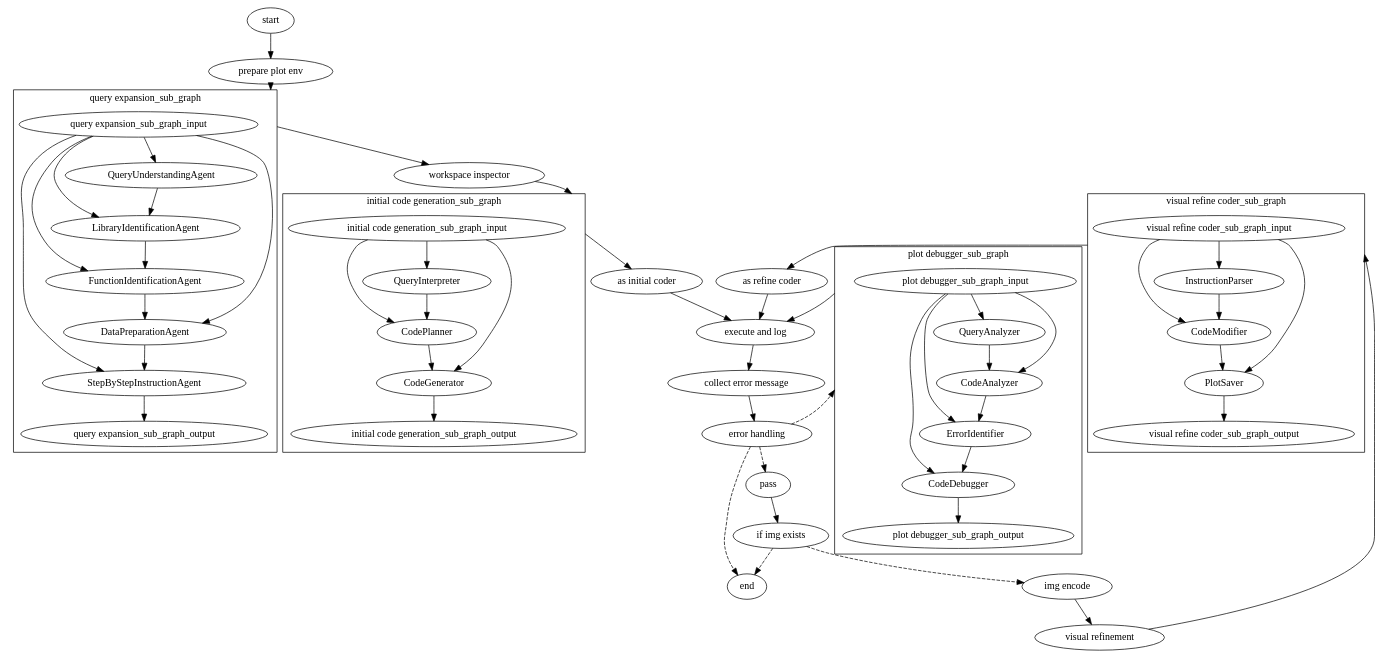
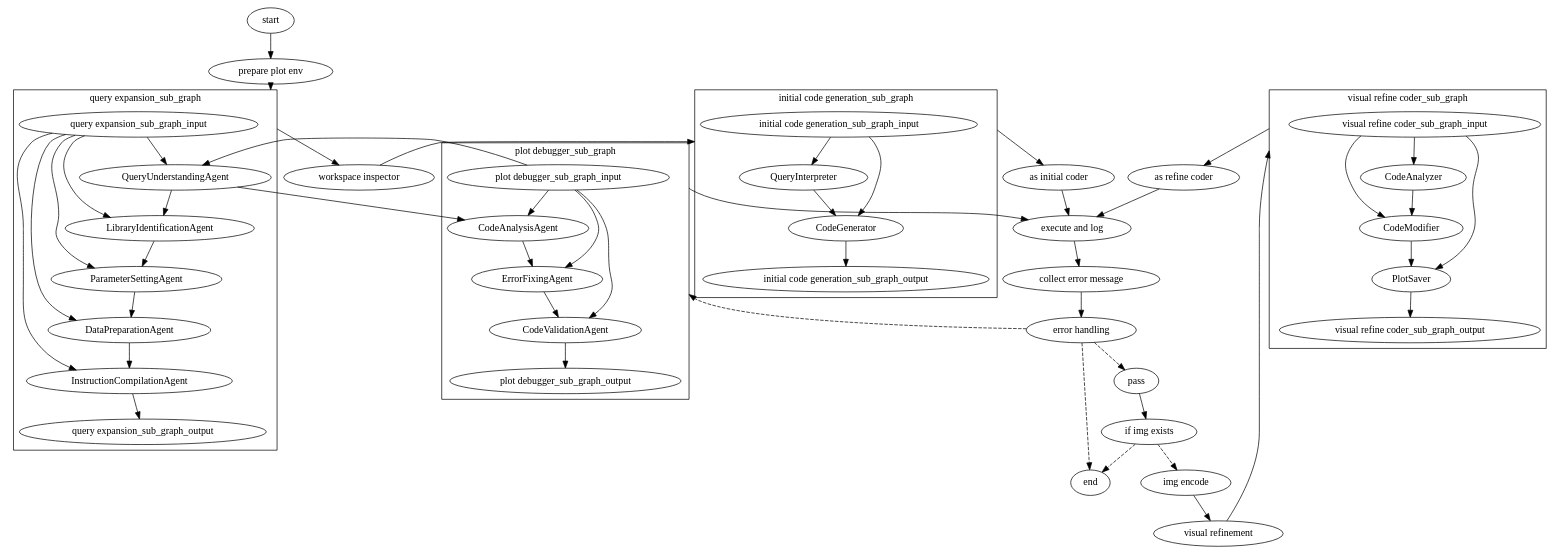
Before and after one commit to jiange91/lm_compiler: the diagram in examples/matplot_agent/compile_logs/decomposed_workflow_viz/Digraph.gv, drawn with Graphviz. The commit also changed 24 other files, not shown here.

```diff
--- a/examples/matplot_agent/compile_logs/decomposed_workflow_viz/Digraph.gv
+++ b/examples/matplot_agent/compile_logs/decomposed_workflow_viz/Digraph.gv
@@ -1,69 +1,67 @@
 digraph {
 	compound=true
 	_matplot_cluster_ancor [fixedsize=true height=0 style=invis width=0]
 	start -> "prepare plot env"
 	"_query expansion_sub_graph_cluster_ancor" -> "workspace inspector" [ltail="cluster_query expansion_sub_graph"]
 	"_initial code generation_sub_graph_cluster_ancor" -> "as initial coder" [ltail="cluster_initial code generation_sub_graph"]
 	"as initial coder" -> "execute and log"
 	"_plot debugger_sub_graph_cluster_ancor" -> "execute and log" [ltail="cluster_plot debugger_sub_graph"]
 	"as refine coder" -> "execute and log"
 	"execute and log" -> "collect error message"
 	"collect error message" -> "error handling"
 	"error handling" -> pass [style=dashed]
+	"error handling" -> "_plot debugger_sub_graph_cluster_ancor" [lhead="cluster_plot debugger_sub_graph" style=dashed]
 	"error handling" -> end [style=dashed]
-	"error handling" -> "_plot debugger_sub_graph_cluster_ancor" [lhead="cluster_plot debugger_sub_graph" style=dashed]
+	"if img exists" -> "img encode" [style=dashed]
 	"if img exists" -> end [style=dashed]
-	"if img exists" -> "img encode" [style=dashed]
 	pass -> "if img exists"
 	"img encode" -> "visual refinement"
 	"_visual refine coder_sub_graph_cluster_ancor" -> "as refine coder" [ltail="cluster_visual refine coder_sub_graph"]
 	"prepare plot env" -> "_query expansion_sub_graph_cluster_ancor" [lhead="cluster_query expansion_sub_graph"]
 	"workspace inspector" -> "_initial code generation_sub_graph_cluster_ancor" [lhead="cluster_initial code generation_sub_graph"]
 	"visual refinement" -> "_visual refine coder_sub_graph_cluster_ancor" [lhead="cluster_visual refine coder_sub_graph"]
 	subgraph "cluster_query expansion_sub_graph" {
 		"_query expansion_sub_graph_cluster_ancor" [fixedsize=true height=0 style=invis width=0]
-		"query expansion_sub_graph_input" -> StepByStepInstructionAgent
+		"query expansion_sub_graph_input" -> LibraryIdentificationAgent
 		"query expansion_sub_graph_input" -> QueryUnderstandingAgent
+		"query expansion_sub_graph_input" -> InstructionCompilationAgent
+		"query expansion_sub_graph_input" -> ParameterSettingAgent
 		"query expansion_sub_graph_input" -> DataPreparationAgent
-		"query expansion_sub_graph_input" -> LibraryIdentificationAgent
-		"query expansion_sub_graph_input" -> FunctionIdentificationAgent
 		QueryUnderstandingAgent -> LibraryIdentificationAgent
-		LibraryIdentificationAgent -> FunctionIdentificationAgent
-		FunctionIdentificationAgent -> DataPreparationAgent
-		DataPreparationAgent -> StepByStepInstructionAgent
-		StepByStepInstructionAgent -> "query expansion_sub_graph_output"
+		LibraryIdentificationAgent -> ParameterSettingAgent
+		ParameterSettingAgent -> DataPreparationAgent
+		DataPreparationAgent -> InstructionCompilationAgent
+		InstructionCompilationAgent -> "query expansion_sub_graph_output"
 		label="query expansion_sub_graph"
 	}
 	subgraph "cluster_initial code generation_sub_graph" {
 		"_initial code generation_sub_graph_cluster_ancor" [fixedsize=true height=0 style=invis width=0]
-		"initial code generation_sub_graph_input" -> CodePlanner
+		"initial code generation_sub_graph_input" -> QueryInterpreter
 		"initial code generation_sub_graph_input" -> CodeGenerator
-		"initial code generation_sub_graph_input" -> QueryInterpreter
-		QueryInterpreter -> CodePlanner
-		CodePlanner -> CodeGenerator
+		QueryInterpreter -> CodeGenerator
 		CodeGenerator -> "initial code generation_sub_graph_output"
 		label="initial code generation_sub_graph"
 	}
 	subgraph "cluster_plot debugger_sub_graph" {
 		"_plot debugger_sub_graph_cluster_ancor" [fixedsize=true height=0 style=invis width=0]
-		"plot debugger_sub_graph_input" -> CodeDebugger
-		"plot debugger_sub_graph_input" -> ErrorIdentifier
-		"plot debugger_sub_graph_input" -> CodeAnalyzer
-		"plot debugger_sub_graph_input" -> QueryAnalyzer
-		QueryAnalyzer -> CodeAnalyzer
-		CodeAnalyzer -> ErrorIdentifier
-		ErrorIdentifier -> CodeDebugger
-		CodeDebugger -> "plot debugger_sub_graph_output"
+		"plot debugger_sub_graph_input" -> QueryUnderstandingAgent
+		"plot debugger_sub_graph_input" -> CodeAnalysisAgent
+		"plot debugger_sub_graph_input" -> ErrorFixingAgent
+		"plot debugger_sub_graph_input" -> CodeValidationAgent
+		QueryUnderstandingAgent -> CodeAnalysisAgent
+		CodeAnalysisAgent -> ErrorFixingAgent
+		ErrorFixingAgent -> CodeValidationAgent
+		CodeValidationAgent -> "plot debugger_sub_graph_output"
 		label="plot debugger_sub_graph"
 	}
 	subgraph "cluster_visual refine coder_sub_graph" {
 		"_visual refine coder_sub_graph_cluster_ancor" [fixedsize=true height=0 style=invis width=0]
 		"visual refine coder_sub_graph_input" -> CodeModifier
-		"visual refine coder_sub_graph_input" -> InstructionParser
 		"visual refine coder_sub_graph_input" -> PlotSaver
-		InstructionParser -> CodeModifier
+		"visual refine coder_sub_graph_input" -> CodeAnalyzer
+		CodeAnalyzer -> CodeModifier
 		CodeModifier -> PlotSaver
 		PlotSaver -> "visual refine coder_sub_graph_output"
 		label="visual refine coder_sub_graph"
 	}
 }
```
